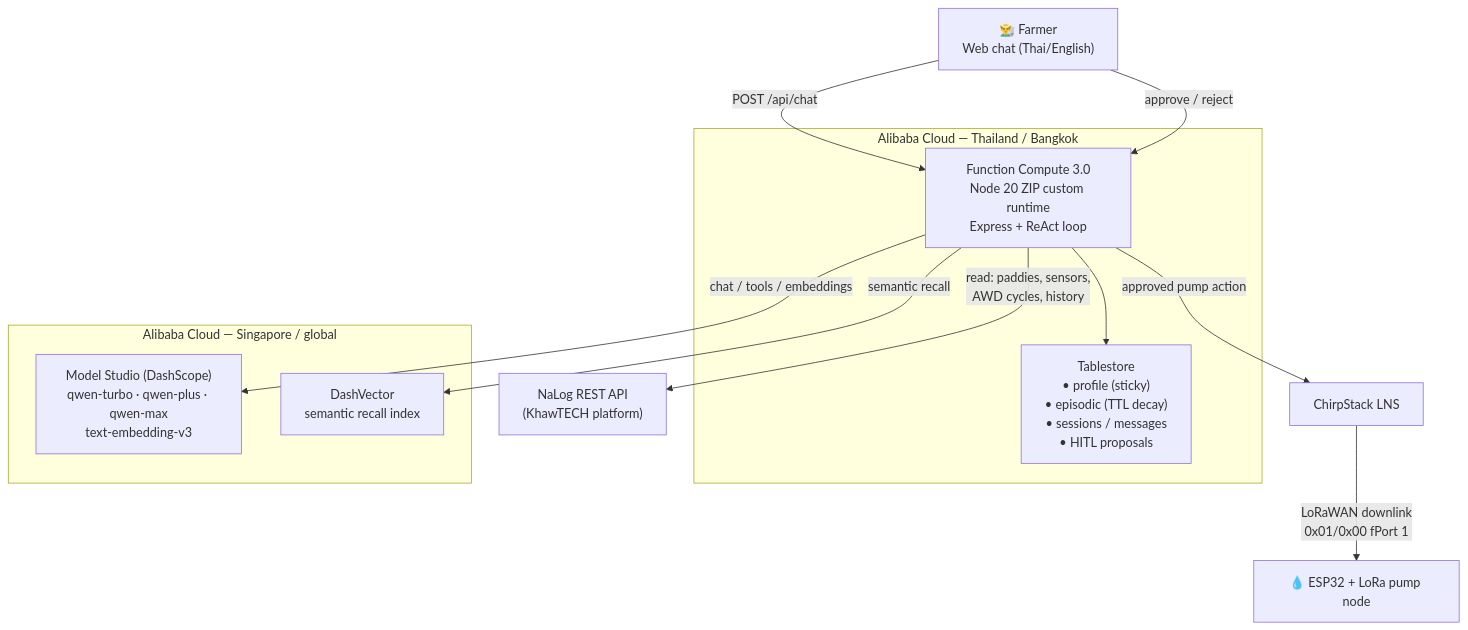
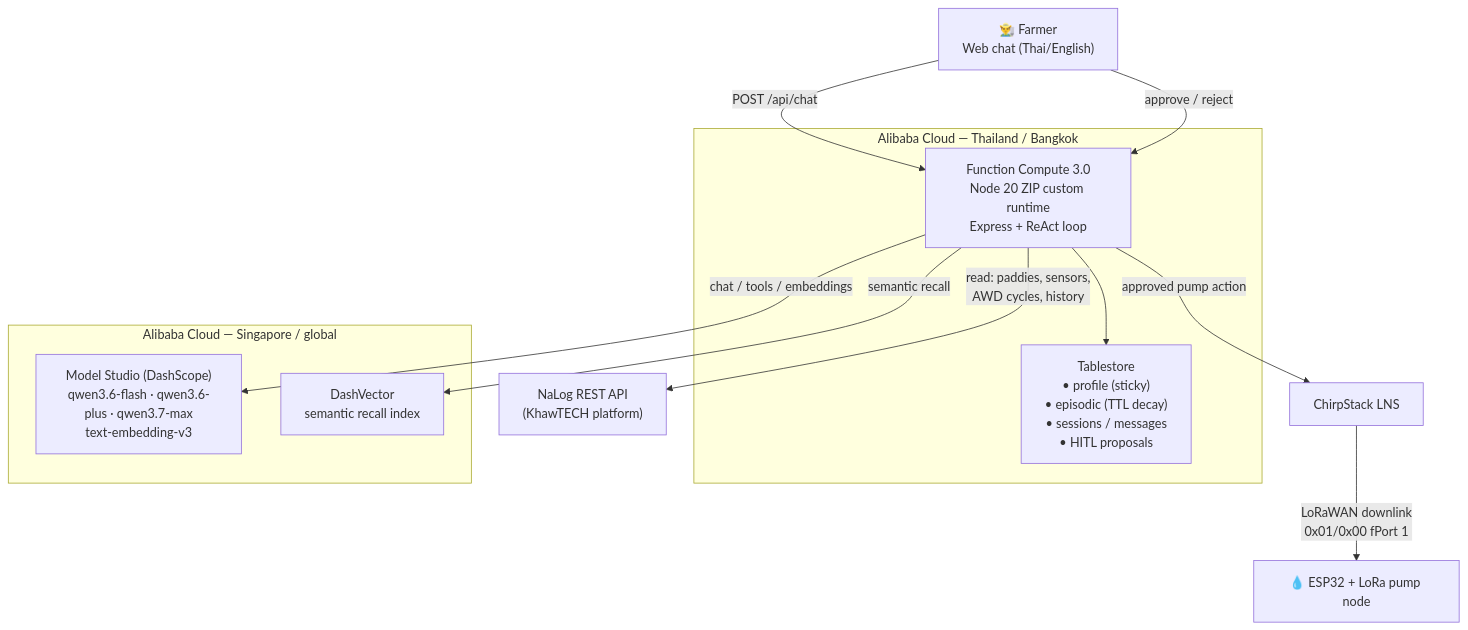
The diagram in docs/arch.mmd (khawtech/nalog-agent), drawn with Mermaid before and after one commit. The commit also changed 5 other files, not shown here.

```diff
--- a/docs/arch.mmd
+++ b/docs/arch.mmd
@@ -1,22 +1,22 @@
 flowchart TD
     F["👨‍🌾 Farmer<br/>Web chat (Thai/English)"] -->|POST /api/chat| API
 
     subgraph TH["Alibaba Cloud — Thailand / Bangkok"]
         API["Function Compute 3.0<br/>Node 20 ZIP custom runtime<br/>Express + ReAct loop"]
         TS["Tablestore<br/>• profile (sticky)<br/>• episodic (TTL decay)<br/>• sessions / messages<br/>• HITL proposals"]
         API --> TS
     end
 
     subgraph SG["Alibaba Cloud — Singapore / global"]
-        QWEN["Model Studio (DashScope)<br/>qwen-turbo · qwen-plus · qwen-max<br/>text-embedding-v3"]
+        QWEN["Model Studio (DashScope)<br/>qwen3.6-flash · qwen3.6-plus · qwen3.7-max<br/>text-embedding-v3"]
         DV["DashVector<br/>semantic recall index"]
     end
 
     API -->|chat / tools / embeddings| QWEN
     API -->|semantic recall| DV
 
     API -->|read: paddies, sensors,<br/>AWD cycles, history| NALOG["NaLog REST API<br/>(KhawTECH platform)"]
     API -->|approved pump action| CS["ChirpStack LNS"]
     CS -->|LoRaWAN downlink<br/>0x01/0x00 fPort 1| PUMP["💧 ESP32 + LoRa pump node"]
 
     F -->|approve / reject| API
```
